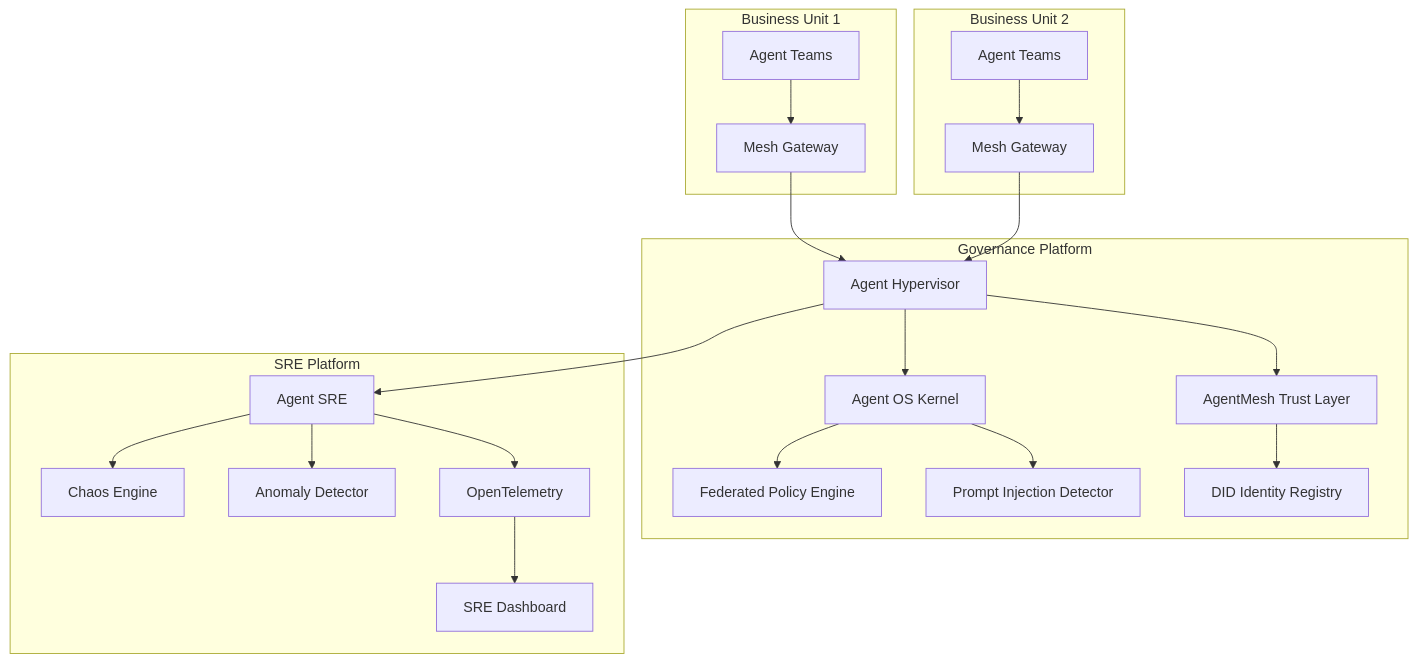
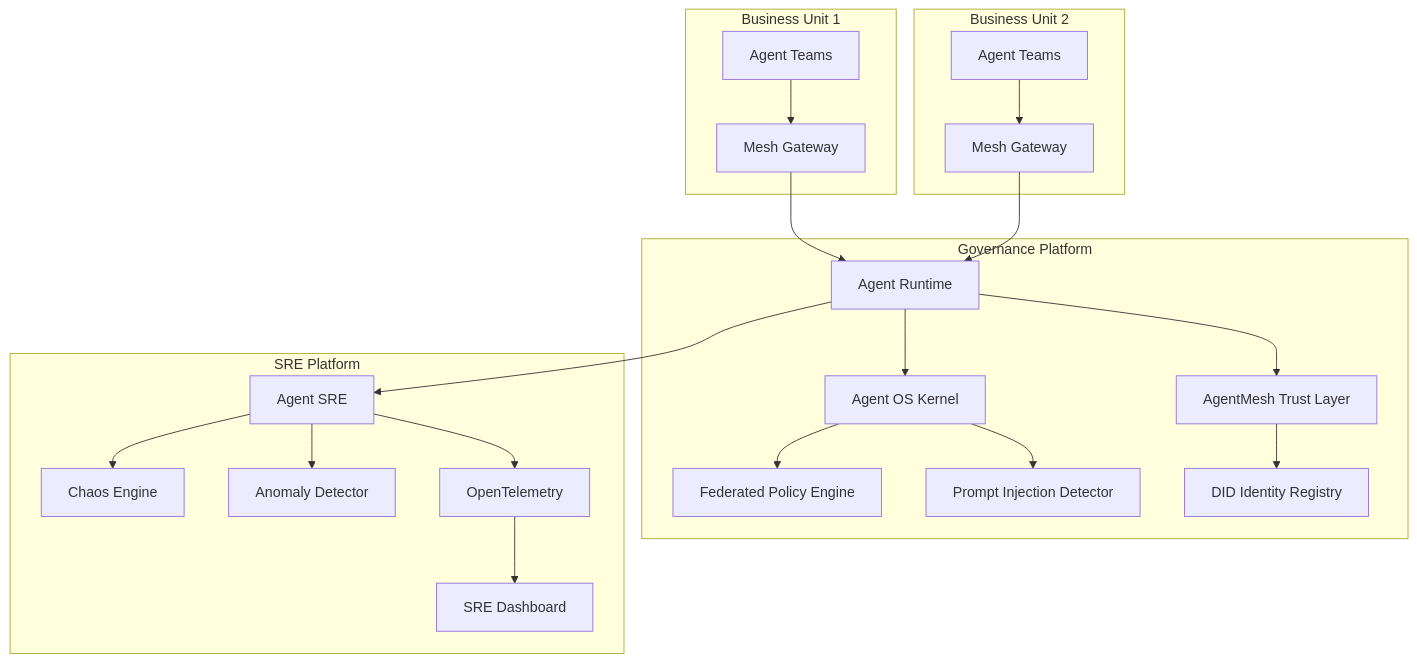
Before and after one commit to electricwolfemarshmallowhypertext/ms-agt: the third of 3 diagrams in packages/agent-compliance/docs/enterprise/reference-architecture.md, drawn with Mermaid. The commit also changed other lines of this file and 51 other files, not shown here.

First line of the commit message:
docs: Phase 3 — Propagate architecture rename across all docs (#221)

````diff
--- a/packages/agent-compliance/docs/enterprise/reference-architecture.md
+++ b/packages/agent-compliance/docs/enterprise/reference-architecture.md
@@ -120,24 +120,24 @@
 ```mermaid
 graph TB
     subgraph "Business Unit 1"
         T1[Agent Teams] --> GW1[Mesh Gateway]
     end
     subgraph "Business Unit 2"
         T2[Agent Teams] --> GW2[Mesh Gateway]
     end
     subgraph "Governance Platform"
-        GW1 & GW2 --> HV[Agent Hypervisor]
+        GW1 & GW2 --> HV[Agent Runtime]
         HV --> OS[Agent OS Kernel]
         HV --> MESH[AgentMesh Trust Layer]
         OS --> PE[Federated Policy Engine]
         OS --> PID[Prompt Injection Detector]
         MESH --> DID[DID Identity Registry]
     end
     subgraph "SRE Platform"
         SRE[Agent SRE] --> CHAOS[Chaos Engine]
         SRE --> ANOMALY[Anomaly Detector]
         SRE --> OTEL[OpenTelemetry]
         OTEL --> DASH[SRE Dashboard]
     end
     HV --> SRE
 ```
````
